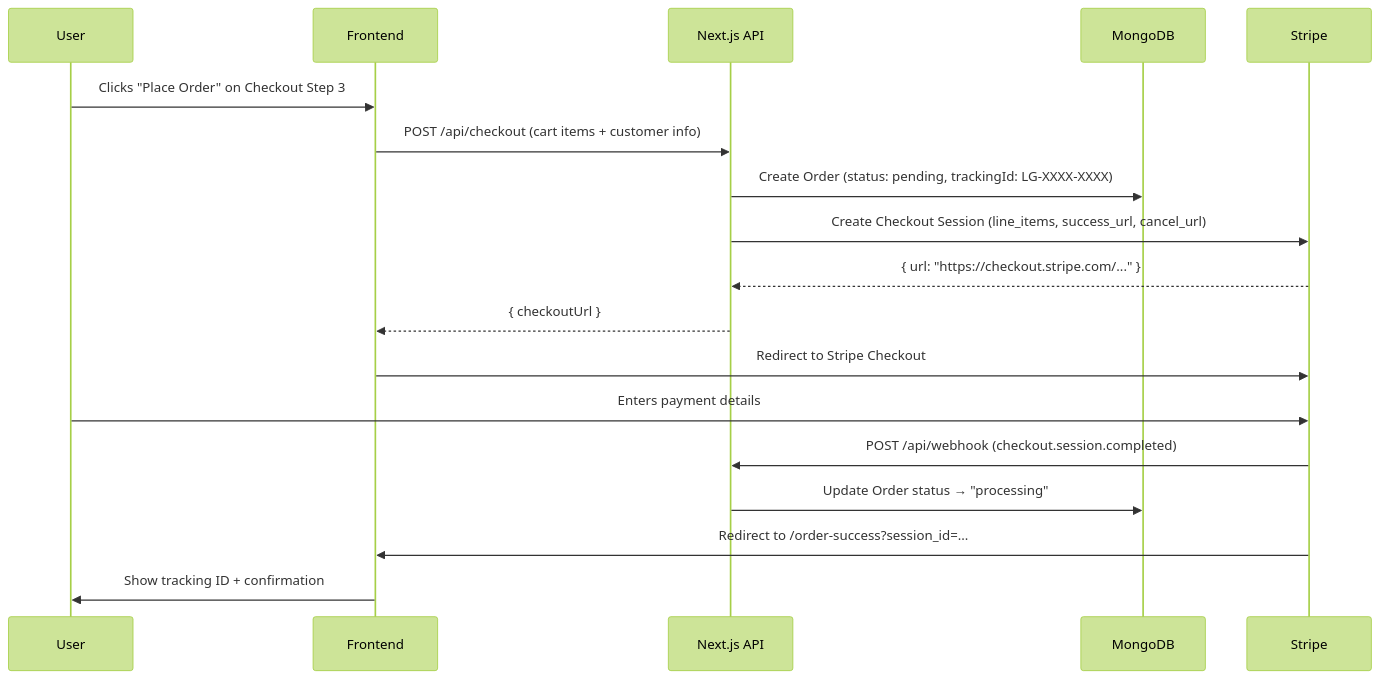
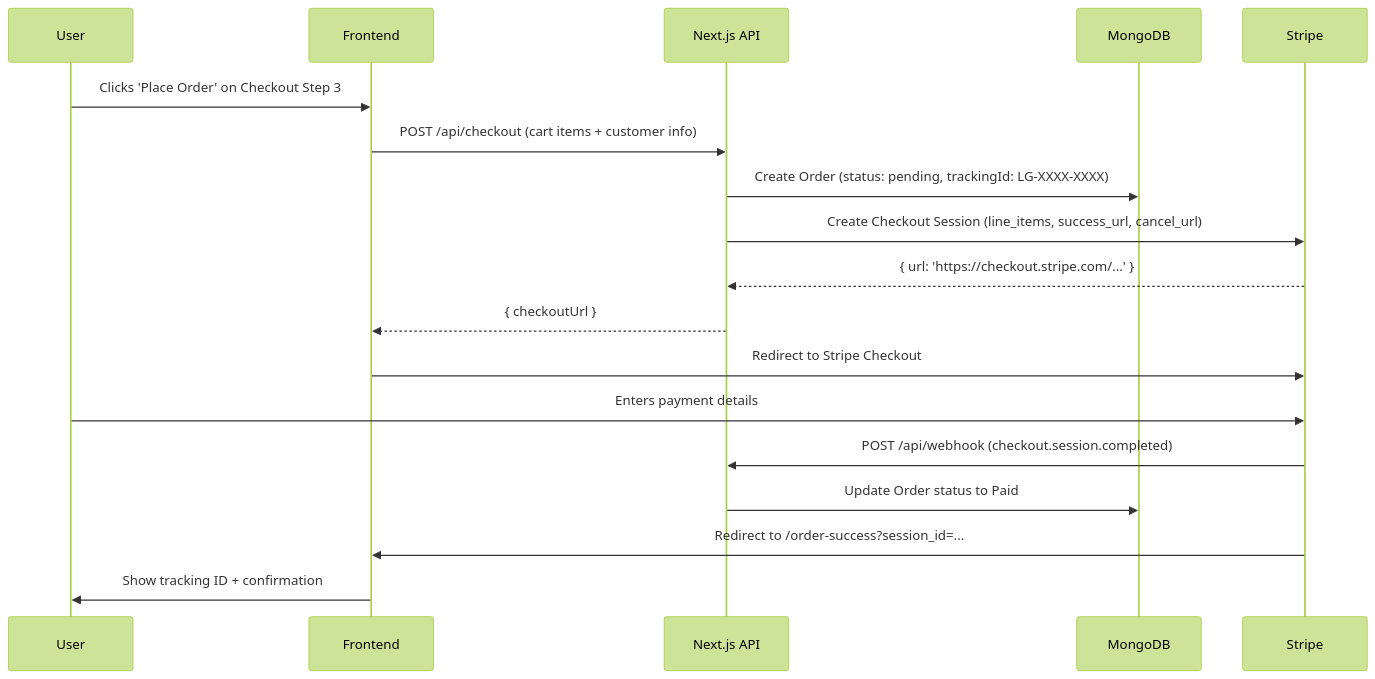
The fourth of 6 diagrams in README.md (nandakumar-nandu/LuxeGems), drawn with Mermaid (forest theme) before and after one commit. The commit also changed other lines of this file and 10 other files, not shown here.

````diff
--- a/README.md
+++ b/README.md
@@ -306,21 +306,21 @@
 ```mermaid
 sequenceDiagram
     participant User
     participant Frontend
     participant API as Next.js API
     participant DB as MongoDB
     participant Stripe
 
-    User->>Frontend: Clicks "Place Order" on Checkout Step 3
+    User->>Frontend: Clicks 'Place Order' on Checkout Step 3
     Frontend->>API: POST /api/checkout (cart items + customer info)
     API->>DB: Create Order (status: pending, trackingId: LG-XXXX-XXXX)
     API->>Stripe: Create Checkout Session (line_items, success_url, cancel_url)
-    Stripe-->>API: { url: "https://checkout.stripe.com/..." }
+    Stripe-->>API: { url: 'https://checkout.stripe.com/...' }
     API-->>Frontend: { checkoutUrl }
     Frontend->>Stripe: Redirect to Stripe Checkout
     User->>Stripe: Enters payment details
     Stripe->>API: POST /api/webhook (checkout.session.completed)
-    API->>DB: Update Order status → "processing"
+    API->>DB: Update Order status to Paid
     Stripe->>Frontend: Redirect to /order-success?session_id=...
     Frontend->>User: Show tracking ID + confirmation
 ```
````
